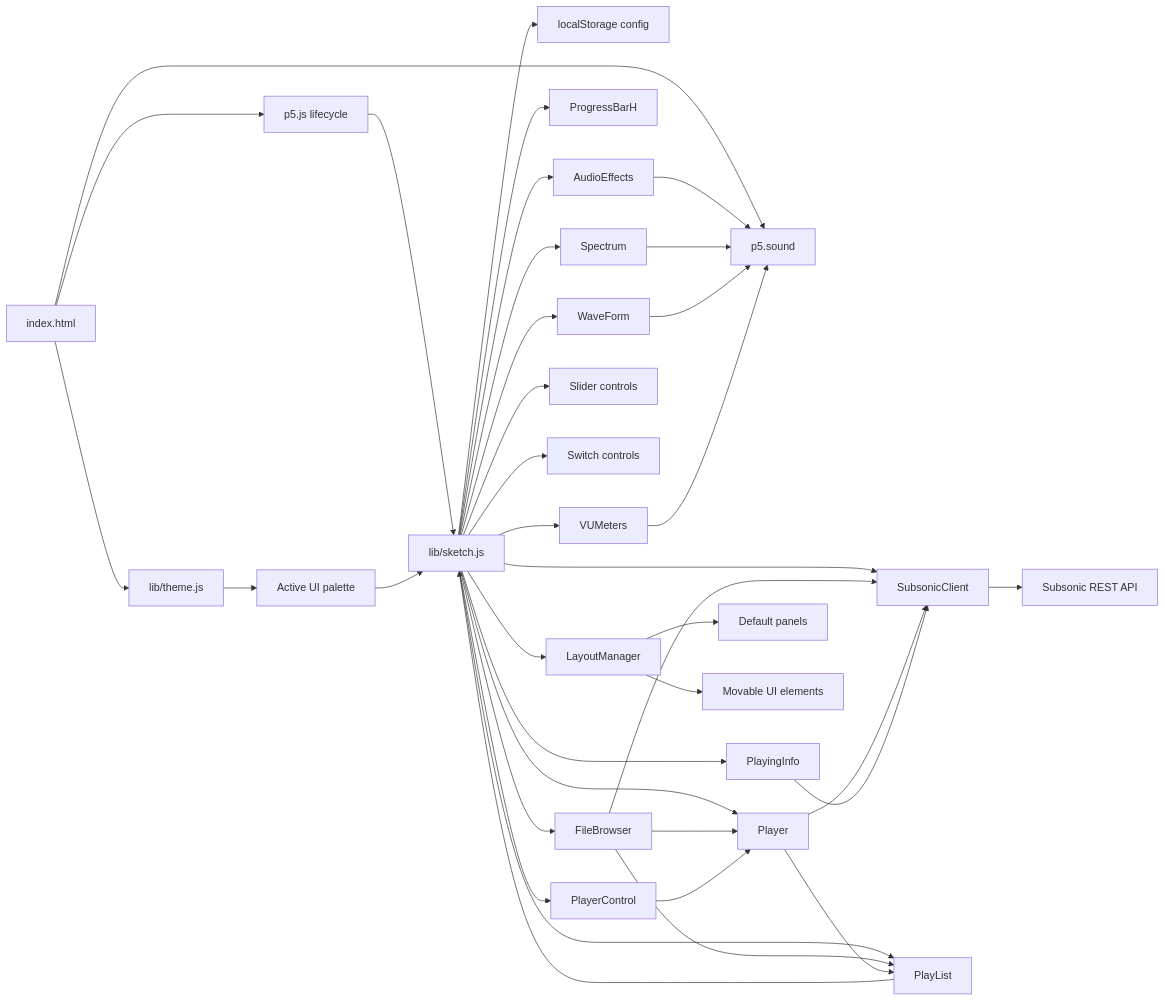
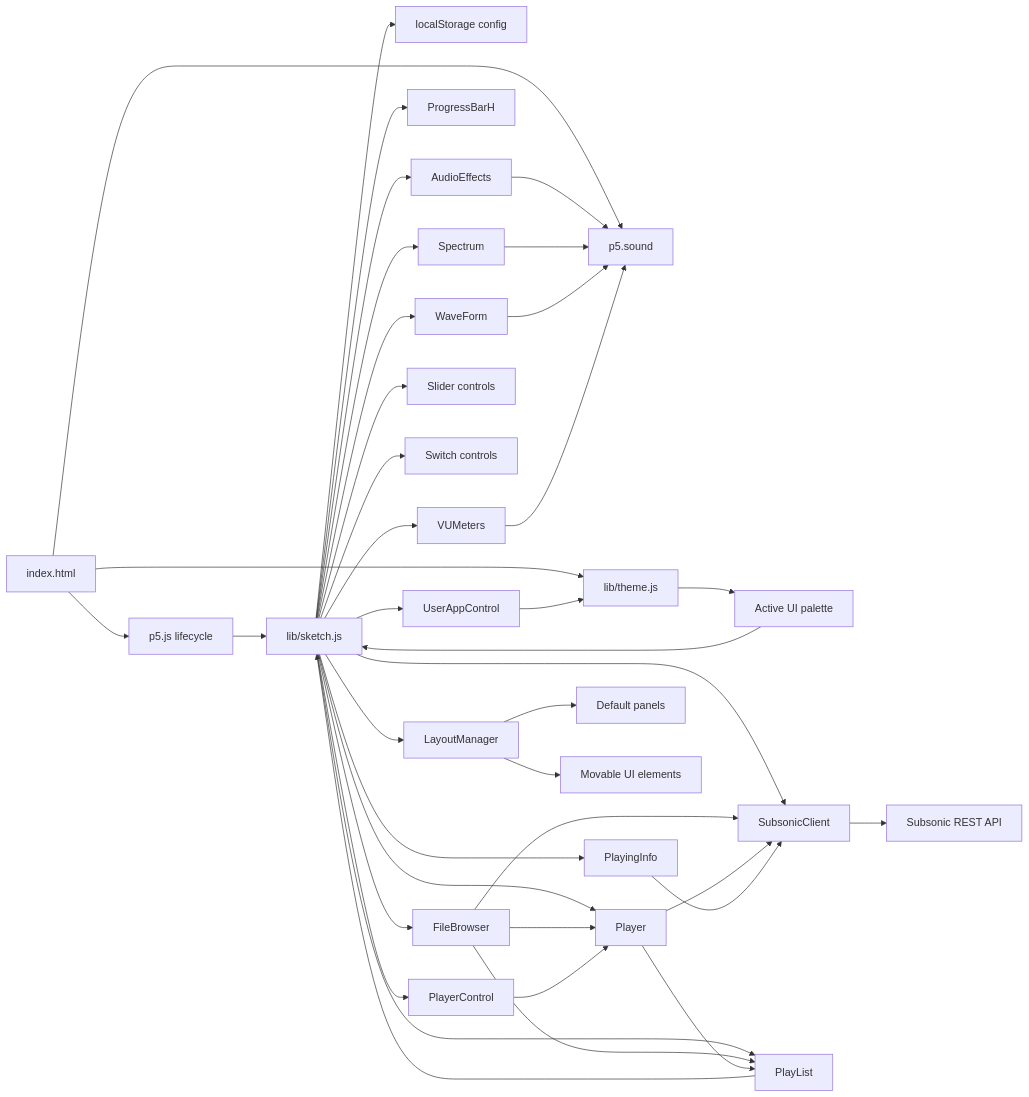
The first of 11 diagrams in doc/diagrams.md (Leorivasc/neon_deck), drawn with Mermaid before and after one commit. The commit also changed 5 other files, not shown here.

````diff
--- a/doc/diagrams.md
+++ b/doc/diagrams.md
@@ -7,41 +7,43 @@
 ```mermaid
 flowchart LR
     HTML[index.html] --> P5[p5.js lifecycle]
     HTML --> Sound[p5.sound]
     HTML --> Theme[lib/theme.js]
     P5 --> Sketch[lib/sketch.js]
 
     Theme --> UI[Active UI palette]
     UI --> Sketch
     Sketch --> Config[localStorage config]
     Sketch --> Client[SubsonicClient]
     Sketch --> Browser[FileBrowser]
     Sketch --> Queue[PlayList]
     Sketch --> Info[PlayingInfo]
     Sketch --> Progress[ProgressBarH]
     Sketch --> Spectrum[Spectrum]
     Sketch --> Waveform[WaveForm]
     Sketch --> VUMeters[VUMeters]
     Sketch --> Sliders[Slider controls]
     Sketch --> Switches[Switch controls]
     Sketch --> PlayerControl[PlayerControl]
+    Sketch --> UserAppControl[UserAppControl]
     Sketch --> Layout[LayoutManager]
     Sketch --> AudioEffects[AudioEffects]
     Sketch --> Player[Player]
 
     Client --> Server[Subsonic REST API]
     Browser --> Client
     Browser --> Queue
     Browser --> Player
     Player --> Queue
     Player --> Client
     PlayerControl --> Player
+    UserAppControl --> Theme
     AudioEffects --> Sound
     Queue --> Sketch
     Info --> Client
     Spectrum --> Sound
     Waveform --> Sound
     VUMeters --> Sound
     Layout --> Panels[Default panels]
     Layout --> Movables[Movable UI elements]
 ```
````
